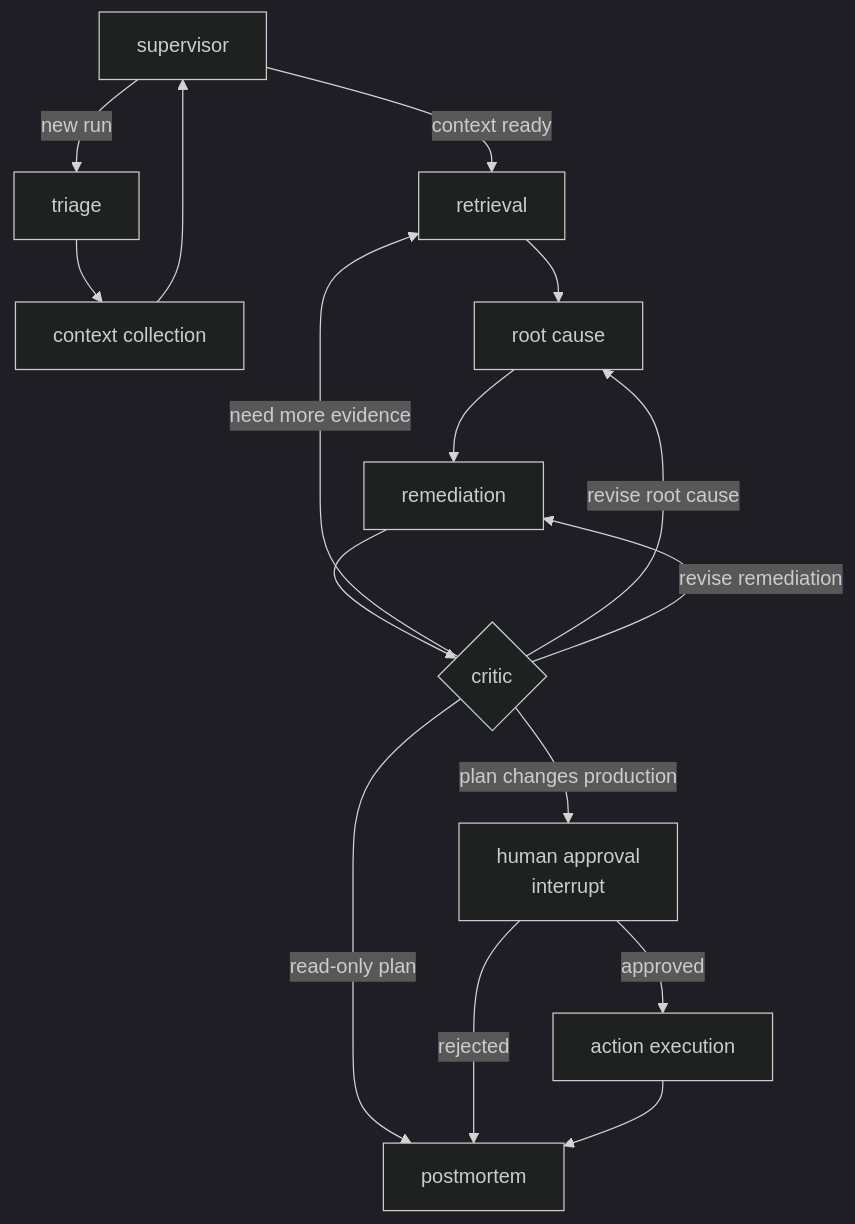
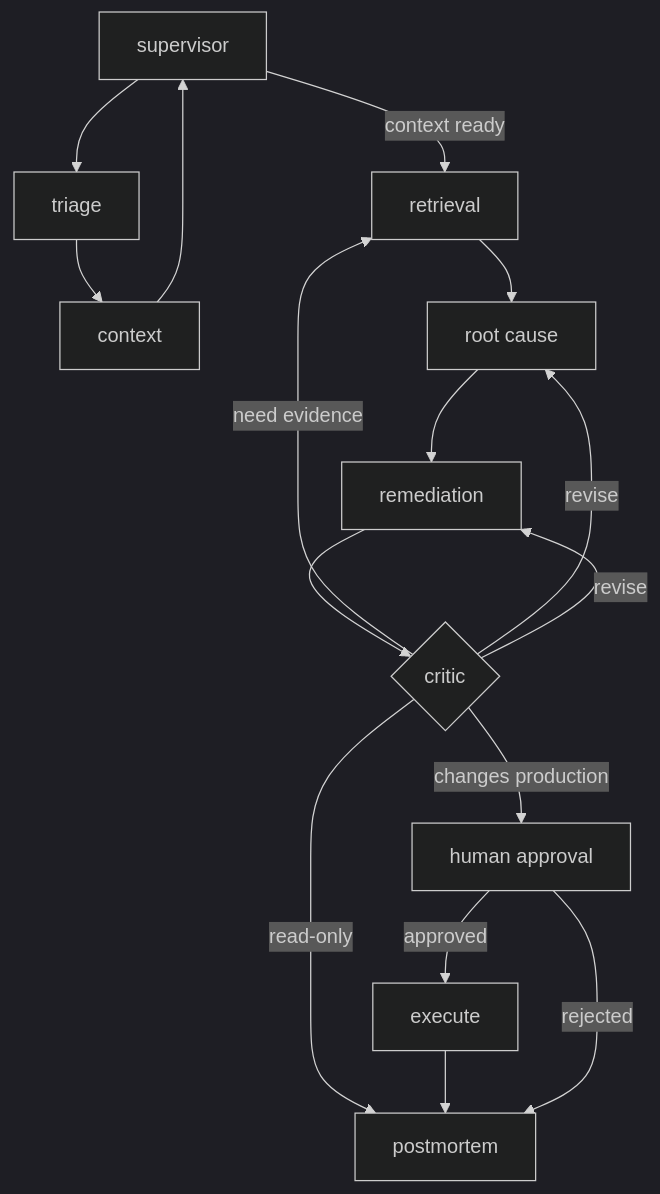
Before and after one commit to gagan-rohith/sentinel-ai: the second of 2 diagrams in README.md, drawn with Mermaid (dark theme). The commit also changed other lines of this file and 3 other files, not shown here.

````diff
--- a/README.md
+++ b/README.md
@@ -108,18 +81,12 @@
 ```mermaid
 flowchart TD
-    S[supervisor] -->|new run| T[triage]
-    T --> C[context collection]
-    C --> S
-    S -->|context ready| R[retrieval]
-    R --> RC[root cause]
-    RC --> RM[remediation]
-    RM --> CR{critic}
-    CR -->|need more evidence| R
-    CR -->|revise root cause| RC
-    CR -->|revise remediation| RM
-    CR -->|plan changes production| HA[human approval<br/>interrupt]
-    CR -->|read-only plan| PM[postmortem]
-    HA -->|approved| AE[action execution]
+    S[supervisor] --> T[triage] --> C[context] --> S
+    S -->|context ready| R[retrieval] --> RC[root cause] --> RM[remediation] --> CR{critic}
+    CR -->|need evidence| R
+    CR -->|revise| RC
+    CR -->|revise| RM
+    CR -->|changes production| HA[human approval]
+    CR -->|read-only| PM[postmortem]
+    HA -->|approved| AE[execute] --> PM
     HA -->|rejected| PM
-    AE --> PM
 ```
````
